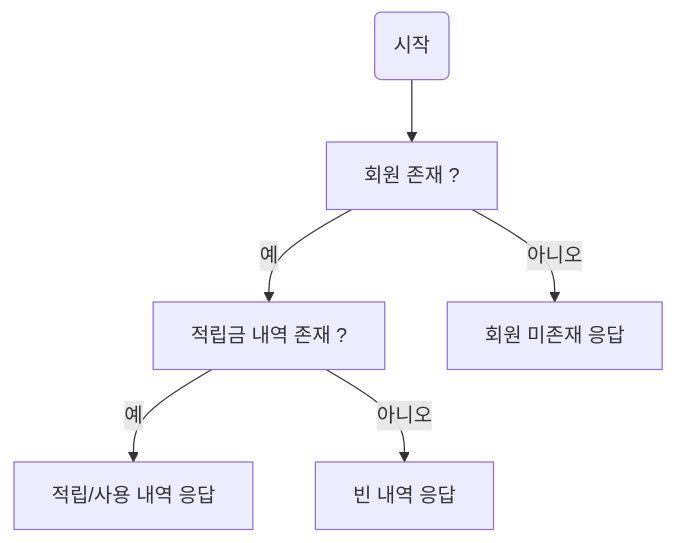
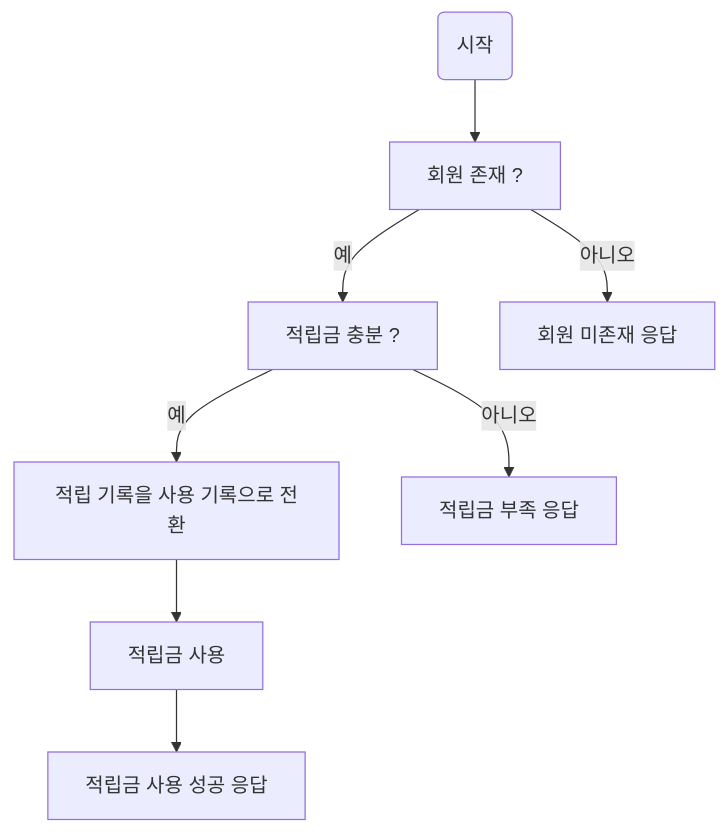
The third of 5 diagrams in README.md (MJbae/reserve-management-system), drawn with Mermaid before and after one commit. The commit also changed other lines of this file, not shown here.

````diff
--- a/README.md
+++ b/README.md
@@ -63,8 +62,10 @@
     ```mermaid
     graph TB
     시작(시작) --> 회원존재여부[회원 존재 ?]
-    회원존재여부 -->|예| 거래내역확인[적립금 내역 존재 ?]
+    회원존재여부 -->|예| 적립금충분확인[적립금 충분 ?]
     회원존재여부 -->|아니오| 회원미존재예외[회원 미존재 응답]
-    거래내역확인 -->|예| 거래목록보기[적립/사용 내역 응답]
-    거래내역확인 -->|아니오| 거래내역없음[빈 내역 응답]
+    적립금충분확인 -->|예| 적립내역전환[적립 기록을 사용 기록으로 전환]
+    적립금충분확인 -->|아니오| 적립금부족[적립금 부족 응답]
+    적립내역전환 --> 적립금사용[적립금 사용]
+    적립금사용 --> 적립금차감응답[적립금 사용 성공 응답]
     ```
````
